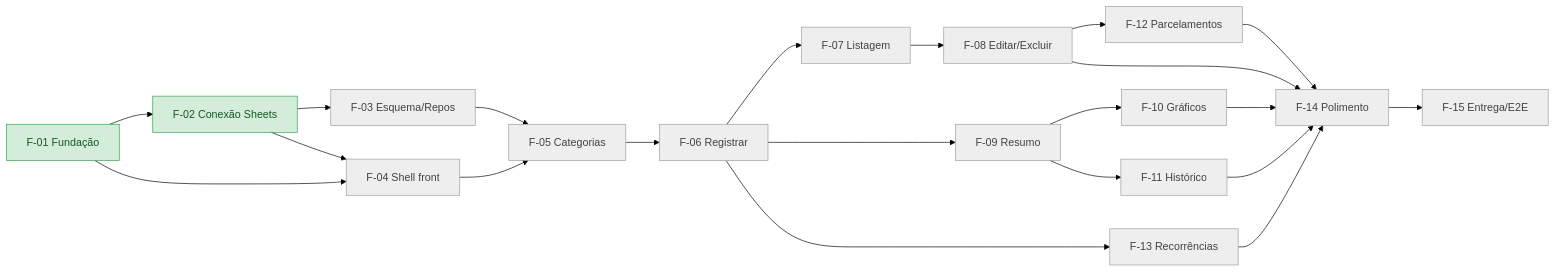
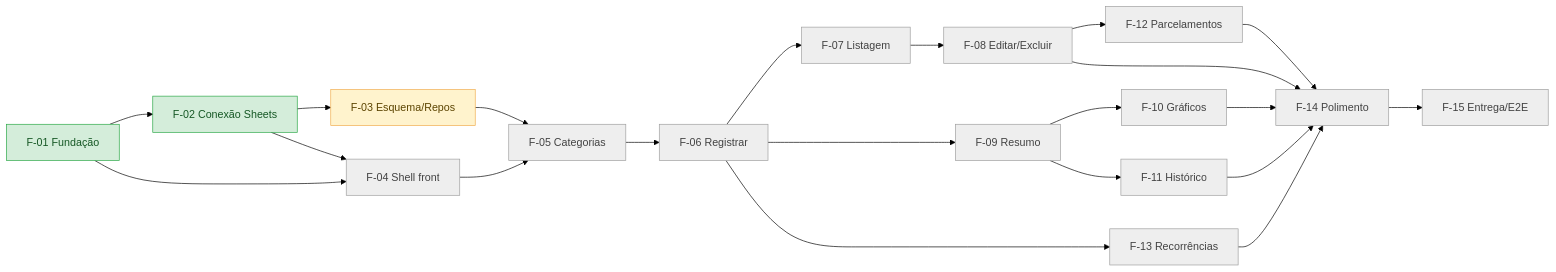
One commit to Pedrohcs/PlanilhaFinanceira changed the diagram in SPECS/05-acompanhamento.md. Above: the diagram before and after it, drawn with Mermaid (forest theme). The commit also changed other lines of this file and 13 other files, not shown here.

````diff
--- a/SPECS/05-acompanhamento.md
+++ b/SPECS/05-acompanhamento.md
@@ -64,23 +64,24 @@
 ```mermaid
 flowchart LR
     F01[F-01 Fundação] --> F02[F-02 Conexão Sheets] --> F03[F-03 Esquema/Repos]
     F01 --> F04[F-04 Shell front]
     F02 --> F04
     F03 --> F05[F-05 Categorias]
     F04 --> F05
     F05 --> F06[F-06 Registrar]
     F06 --> F07[F-07 Listagem] --> F08[F-08 Editar/Excluir]
     F06 --> F09[F-09 Resumo]
     F09 --> F10[F-10 Gráficos]
     F09 --> F11[F-11 Histórico]
     F08 --> F12[F-12 Parcelamentos]
     F06 --> F13[F-13 Recorrências]
     F08 & F10 & F11 & F12 & F13 --> F14[F-14 Polimento]
     F14 --> F15[F-15 Entrega/E2E]
 
     classDef naoIniciada fill:#eeeeee,stroke:#9e9e9e,color:#424242;
     classDef iniciada fill:#fff3cd,stroke:#f0ad4e,color:#5c4400;
     classDef concluida fill:#d4edda,stroke:#28a745,color:#155724;
-    class F03,F04,F05,F06,F07,F08,F09,F10,F11,F12,F13,F14,F15 naoIniciada;
+    class F04,F05,F06,F07,F08,F09,F10,F11,F12,F13,F14,F15 naoIniciada;
+    class F03 iniciada;
     class F01,F02 concluida;
 ```
````
